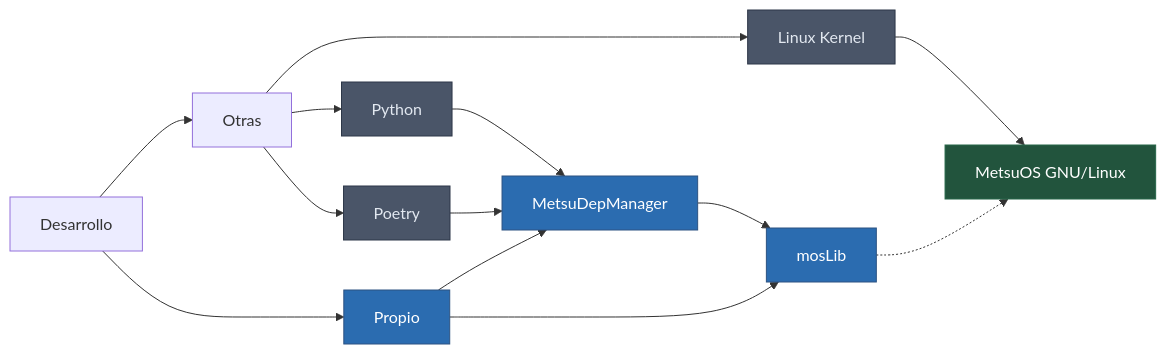
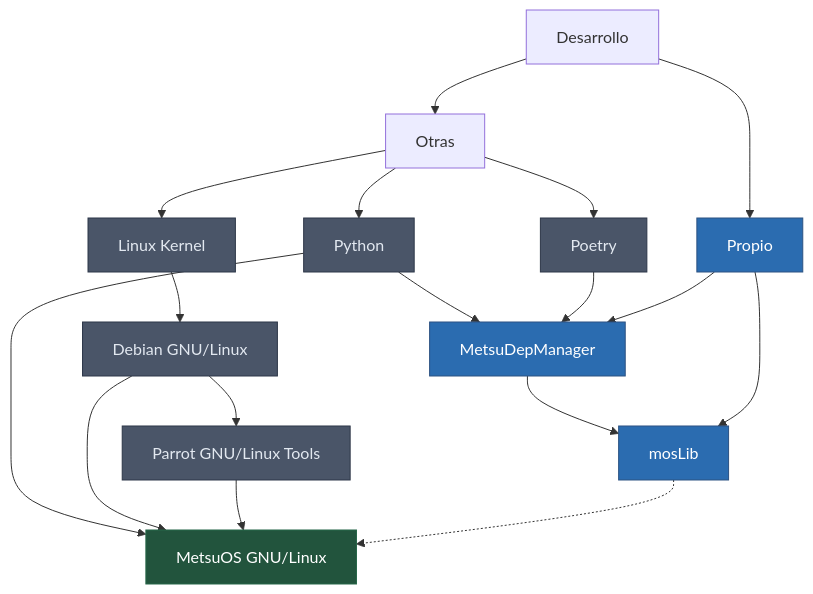
The first of 6 diagrams in Apps.md (metsuke/23-MetsuOS-PublicBrain), drawn with Mermaid before and after one commit. The commit also changed other lines of this file and 4 other files, not shown here.

````diff
--- a/Apps.md
+++ b/Apps.md
@@ -64,30 +64,36 @@
 ```mermaid
-graph LR
+graph TD
     A[Desarrollo] --> B[Propio]
     A[Desarrollo] --> C[Otras]
 
     C --> D[Linux Kernel]
     C --> E[Python]
     C --> H[Poetry]
 
     E --> F[MetsuDepManager]
     H --> F[MetsuDepManager]
     B --> F[MetsuDepManager]
 
     F --> G[mosLib]
     B --> G[mosLib]
 
-    D --> I[MetsuOS GNU/Linux]
+    D --> J[Debian GNU/Linux]
+        
+    J --> K[Parrot GNU/Linux Tools]
+        
+    E --> I[MetsuOS GNU/Linux]
+    J --> I[MetsuOS GNU/Linux]
+    K --> I[MetsuOS GNU/Linux]
 
     %% Relación opcional
     G -.-> I
 
     %% Estilos con colores de fuente explícitos
     classDef external fill:#4a5568,stroke:#2d3748,color:#e2e8f0
     classDef propio   fill:#2b6cb0,stroke:#2c5282,color:#ffffff
     classDef final    fill:#22543d,stroke:#276749,color:#ffffff
 
-    class D,E,H external
+    class D,E,H,J,K external
     class B,F,G propio
     class I final
 ```
````
